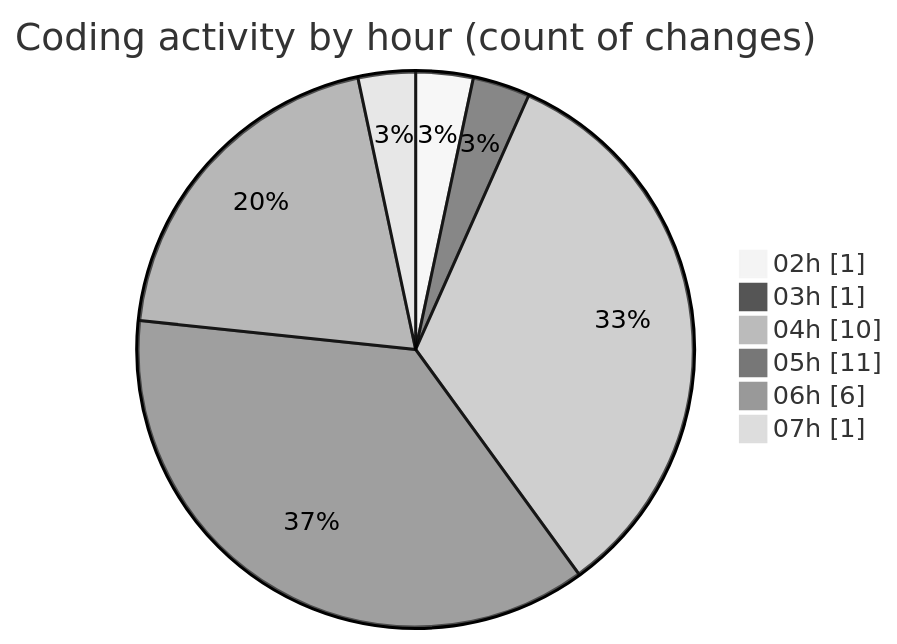
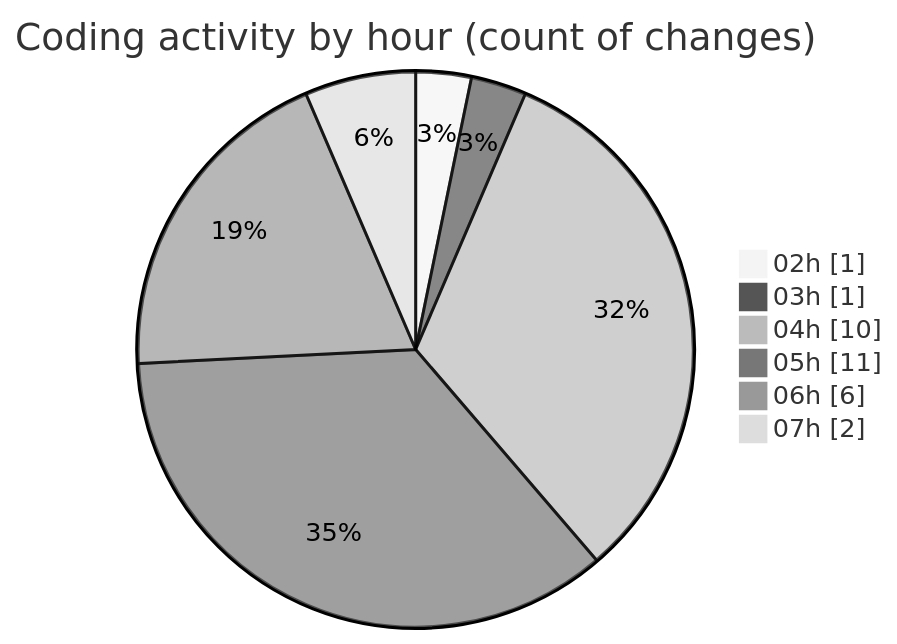
One commit to julien-gomy/code-tracking changed the second of 2 diagrams in 2025-10-31/cdp_aleoudev_fr__workspace_/README.md. Above: the diagram before and after it, drawn with Mermaid (neutral theme). The commit also changed other lines of this file and 1 other file, not shown here.

````diff
--- a/2025-10-31/cdp_aleoudev_fr__workspace_/README.md
+++ b/2025-10-31/cdp_aleoudev_fr__workspace_/README.md
@@ -29,10 +29,10 @@
 ```mermaid
 pie showData
 title Coding activity by hour (count of changes)
 "02h" : 1
 "03h" : 1
 "04h" : 10
 "05h" : 11
 "06h" : 6
-"07h" : 1
+"07h" : 2
 ```
````
